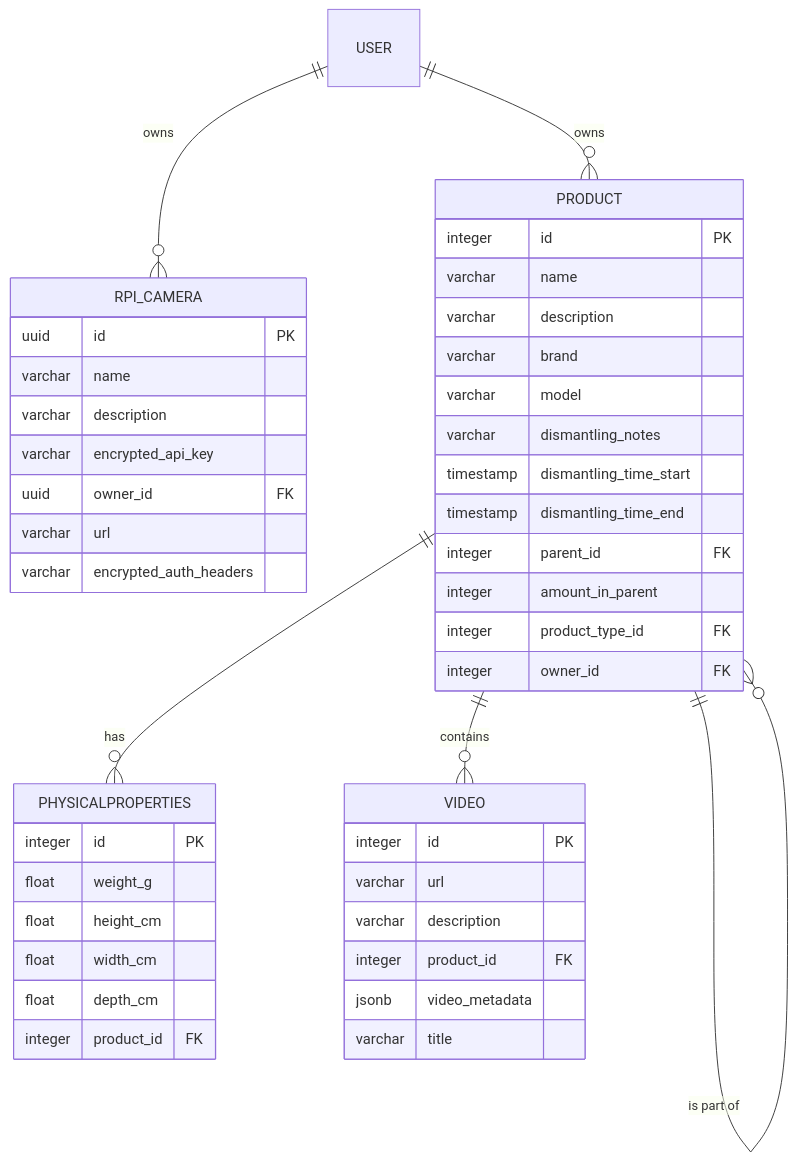
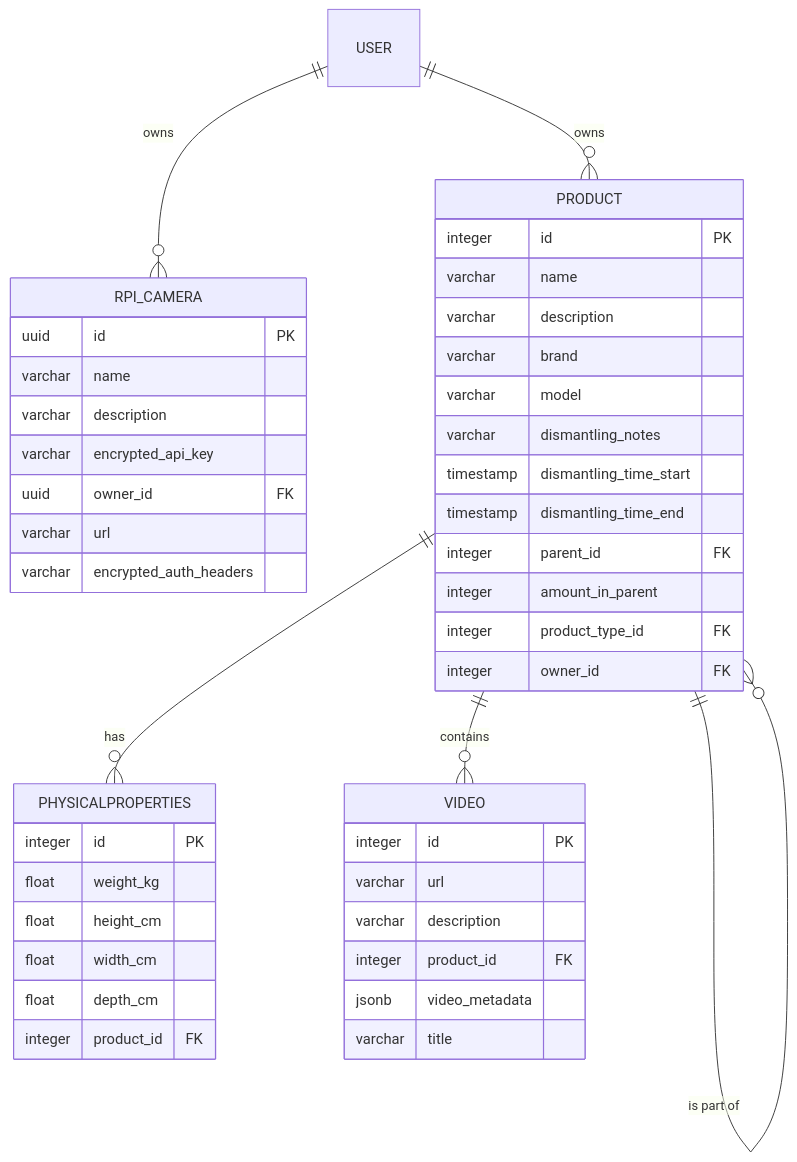
One commit to CMLPlatform/relab changed the fourth of 5 diagrams in docs/docs/architecture/datamodel.md. Above: the diagram before and after it, drawn with Mermaid. The commit also changed other lines of this file and 41 other files, not shown here.

````diff
--- a/docs/docs/architecture/datamodel.md
+++ b/docs/docs/architecture/datamodel.md
@@ -181,51 +194,51 @@
 ```mermaid
 erDiagram
     RPI_CAMERA {
         uuid id PK
         varchar name
         varchar description
         varchar encrypted_api_key
         uuid owner_id FK
         varchar url
         varchar encrypted_auth_headers
     }
 
     PRODUCT {
         integer id PK
         varchar name
         varchar description
         varchar brand
         varchar model
         varchar dismantling_notes
         timestamp dismantling_time_start
         timestamp dismantling_time_end
         integer parent_id FK
         integer amount_in_parent
         integer product_type_id FK
         integer owner_id FK
     }
 
     PHYSICALPROPERTIES {
         integer id PK
-        float weight_g
+        float weight_kg
         float height_cm
         float width_cm
         float depth_cm
         integer product_id FK
     }
 
     VIDEO {
         integer id PK
         varchar url
         varchar description
         integer product_id FK
         jsonb video_metadata
         varchar title
     }
 
     USER ||--o{ RPI_CAMERA : "owns"
     USER ||--o{ PRODUCT : "owns"
     PRODUCT ||--o{ PHYSICALPROPERTIES : "has"
     PRODUCT ||--o{ VIDEO : "contains"
     PRODUCT ||--o{ PRODUCT : "is part of"
 ```
````
